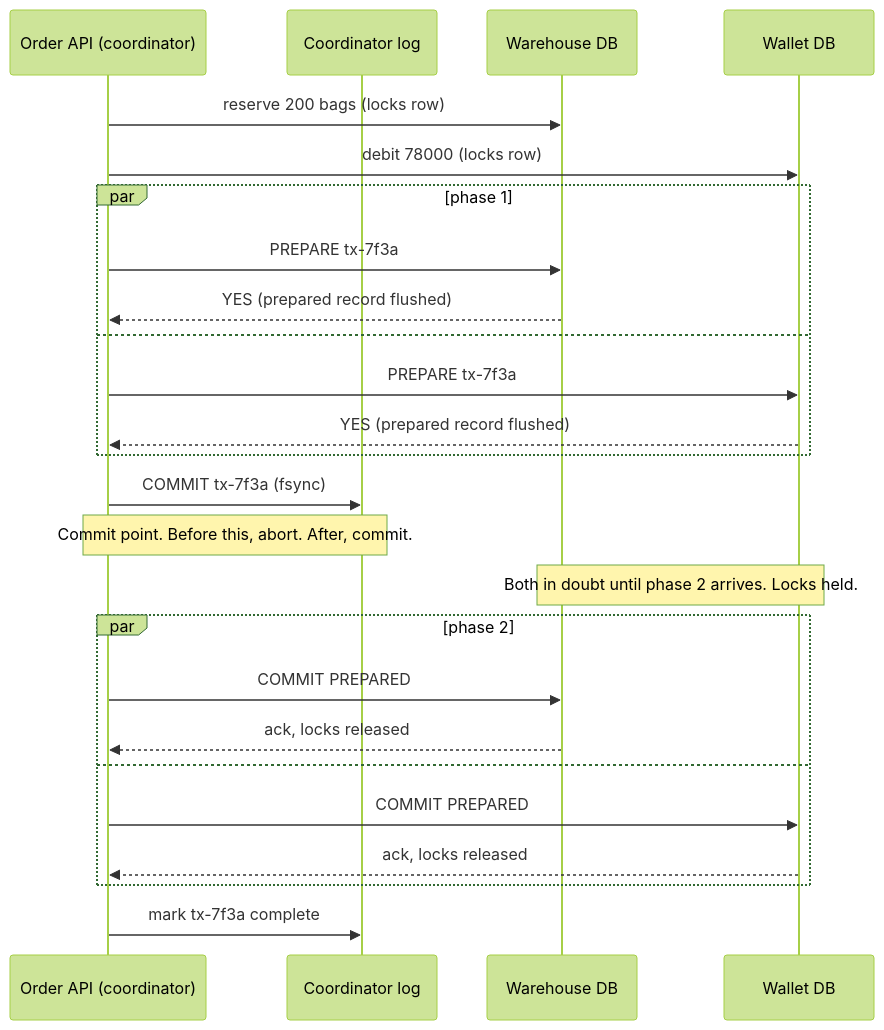
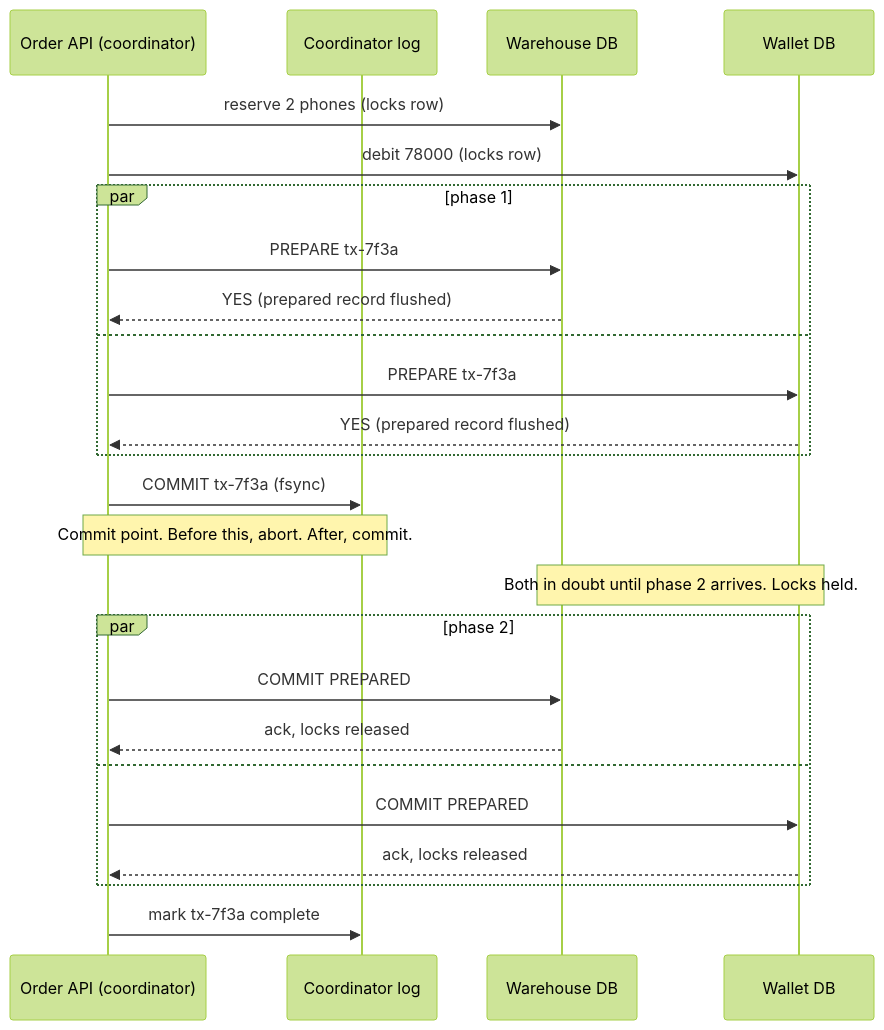
One commit to rizwi0786/system-design-lab changed the second of 3 diagrams in content/lessons/m13/m13-distributed-transactions.md. Above: the diagram before and after it, drawn with Mermaid (forest theme). The commit also changed other lines of this file and 334 other files, not shown here.

````diff
--- a/content/lessons/m13/m13-distributed-transactions.md
+++ b/content/lessons/m13/m13-distributed-transactions.md
@@ -250,27 +251,27 @@
 ```mermaid
 sequenceDiagram
     participant O as Order API (coordinator)
     participant L as Coordinator log
     participant W as Warehouse DB
     participant P as Wallet DB
-    O->>W: reserve 200 bags (locks row)
+    O->>W: reserve 2 phones (locks row)
     O->>P: debit 78000 (locks row)
     par phase 1
         O->>W: PREPARE tx-7f3a
         W-->>O: YES (prepared record flushed)
     and
         O->>P: PREPARE tx-7f3a
         P-->>O: YES (prepared record flushed)
     end
     O->>L: COMMIT tx-7f3a (fsync)
     Note over O,L: Commit point. Before this, abort. After, commit.
     Note over W,P: Both in doubt until phase 2 arrives. Locks held.
     par phase 2
         O->>W: COMMIT PREPARED
         W-->>O: ack, locks released
     and
         O->>P: COMMIT PREPARED
         P-->>O: ack, locks released
     end
     O->>L: mark tx-7f3a complete
 ```
````
